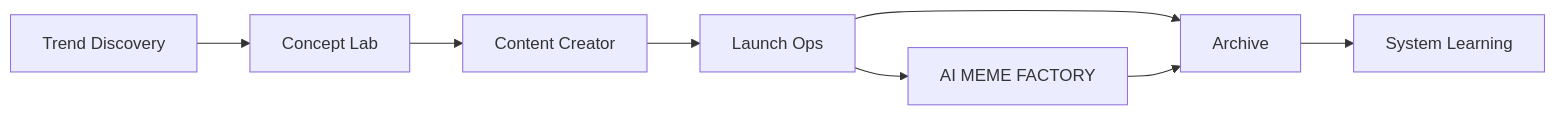
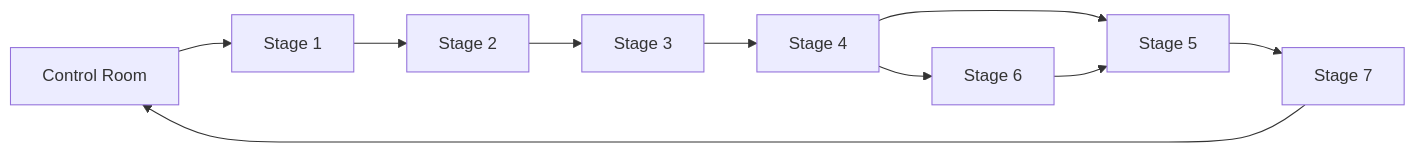
Before and after one commit to 0xchalker/mintlify-docs: the diagram in index.mdx, drawn with Mermaid. The commit also changed other lines of this file and 12 other files, not shown here.

Commit message:
Add MEME LABS control room docs

````diff
--- a/index.mdx
+++ b/index.mdx
@@ -29,10 +34,12 @@
 ```mermaid
 flowchart LR
-    A["Trend Discovery"] --> B["Concept Lab"]
-    B --> C["Content Creator"]
-    C --> D["Launch Ops"]
-    D --> E["Archive"]
-    D --> F["AI MEME FACTORY"]
-    F --> E
-    E --> G["System Learning"]
+    A["Control Room"] --> B["Stage 1"]
+    B --> C["Stage 2"]
+    C --> D["Stage 3"]
+    D --> E["Stage 4"]
+    E --> F["Stage 5"]
+    E --> G["Stage 6"]
+    F --> H["Stage 7"]
+    G --> F
+    H --> A
 ```
````
